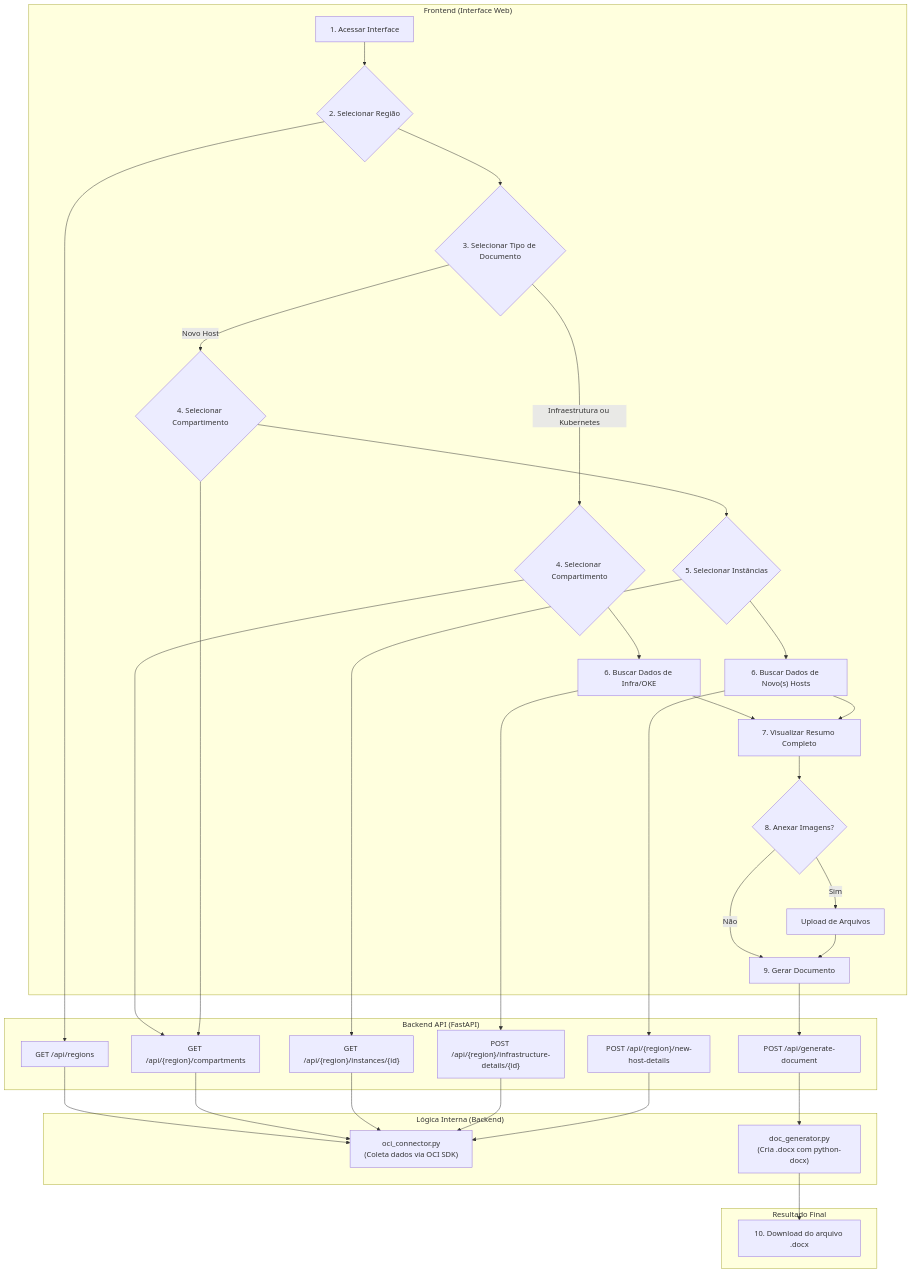
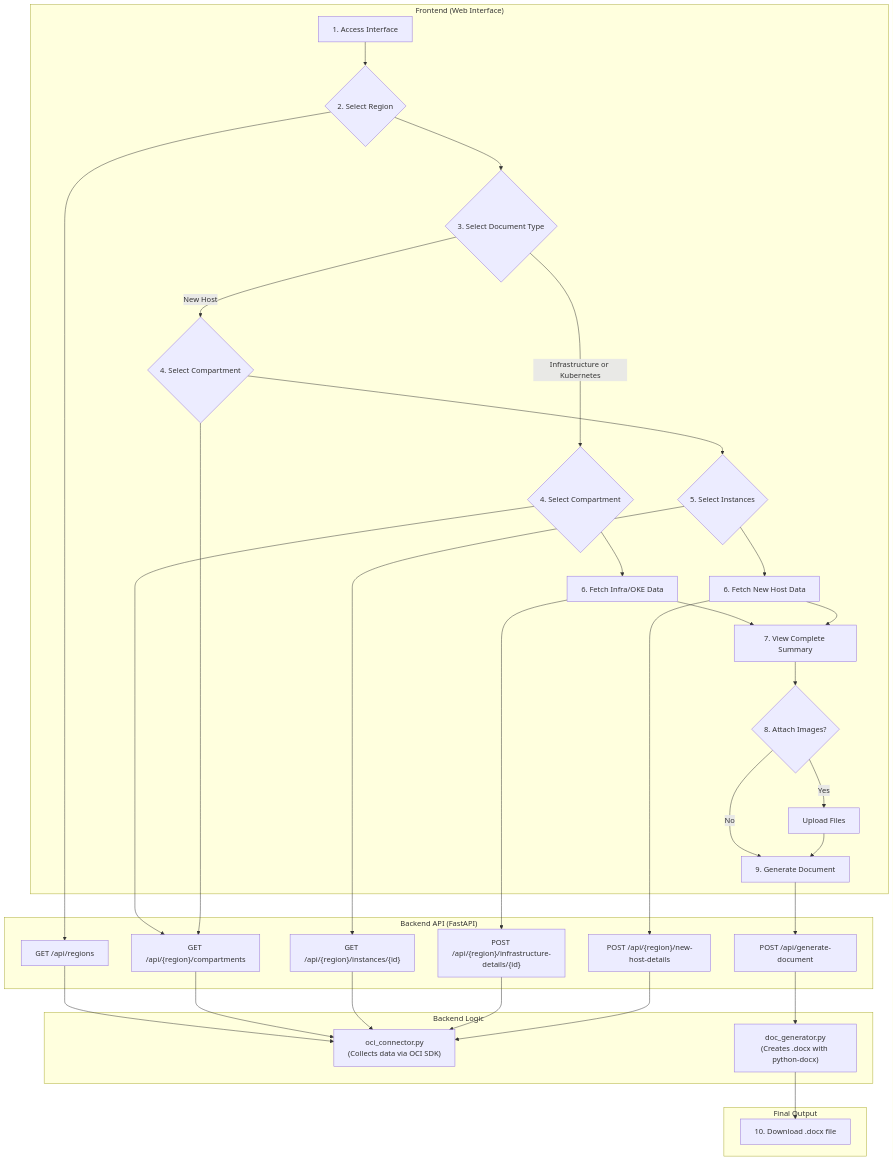
The diagram in README.md (Pedr0Teixeira/oci-docgen), drawn with Mermaid before and after one commit. The commit also changed other lines of this file, not shown here.

Commit message:
refactor: update README for improved clarity and organization of frontend and backend sections

````diff
--- a/README.md
+++ b/README.md
@@ -54,67 +54,48 @@
 ```mermaid
 graph TD
-    %% ===============================
-    %% FRONTEND
-    %% ===============================
-    subgraph "Frontend (Interface Web)"
-        A[1. Acessar Interface] --> B{2. Selecionar Região}
-        B --> C{3. Selecionar Tipo de Documento}
-        C -- "Infraestrutura ou Kubernetes" --> D{4. Selecionar Compartimento}
-        C -- "Novo Host" --> E{4. Selecionar Compartimento}
-        E --> F{5. Selecionar Instâncias}
-        D --> G[6. Buscar Dados de Infra/OKE]
-        F --> H["6. Buscar Dados de Novo(s) Hosts"]
-        G --> I[7. Visualizar Resumo Completo]
+    subgraph "Frontend (Web Interface)"
+        A[1. Access Interface] --> B{2. Select Region}
+        B --> C{3. Select Document Type}
+        C -- "Infrastructure or Kubernetes" --> D{4. Select Compartment}
+        C -- "New Host" --> E{4. Select Compartment}
+        E --> F{5. Select Instances}
+        D --> G[6. Fetch Infra/OKE Data]
+        F --> H[6. Fetch New Host Data]
+        G --> I[7. View Complete Summary]
         H --> I
-        I --> J{8. Anexar Imagens?}
-        J -- "Sim" --> K[Upload de Arquivos]
-        J -- "Não" --> L
-        K --> L[9. Gerar Documento]
+        I --> J{8. Attach Images?}
+        J -- "Yes" --> K[Upload Files]
+        J -- "No" --> L
+        K --> L[9. Generate Document]
     end
 
-    %% ===============================
-    %% BACKEND API
-    %% ===============================
     subgraph "Backend API (FastAPI)"
         API_Regions["GET /api/regions"]
         API_Compartments["GET /api/{region}/compartments"]
         API_Instances["GET /api/{region}/instances/{id}"]
         API_InfraDetails["POST /api/{region}/infrastructure-details/{id}"]
         API_NewHost["POST /api/{region}/new-host-details"]
         API_Generate["POST /api/generate-document"]
     end
 
-    %% ===============================
-    %% LÓGICA INTERNA
-    %% ===============================
-    subgraph "Lógica Interna (Backend)"
-        Connector["oci_connector.py<br/>(Coleta dados via OCI SDK)"]
-        Generator["doc_generator.py<br/>(Cria .docx com python-docx)"]
+    subgraph "Backend Logic"
+        Connector["oci_connector.py<br/>(Collects data via OCI SDK)"]
+        Generator["doc_generator.py<br/>(Creates .docx with python-docx)"]
     end
 
-    %% ===============================
-    %% RESULTADO
-    %% ===============================
-    subgraph "Resultado Final"
-        Download[10. Download do arquivo .docx]
+    subgraph "Final Output"
+        Download[10. Download .docx file]
     end
 
-    %% ===============================
-    %% CONEXÕES
-    %% ===============================
-    %% Frontend -> Backend
     B --> API_Regions
     D --> API_Compartments
     E --> API_Compartments
     F --> API_Instances
     G --> API_InfraDetails
     H --> API_NewHost
     L --> API_Generate
 
-    %% Backend interno
     API_Regions & API_Compartments & API_Instances & API_InfraDetails & API_NewHost --> Connector
     API_Generate --> Generator
-
-    %% Saída final
     Generator --> Download
 ```
````
